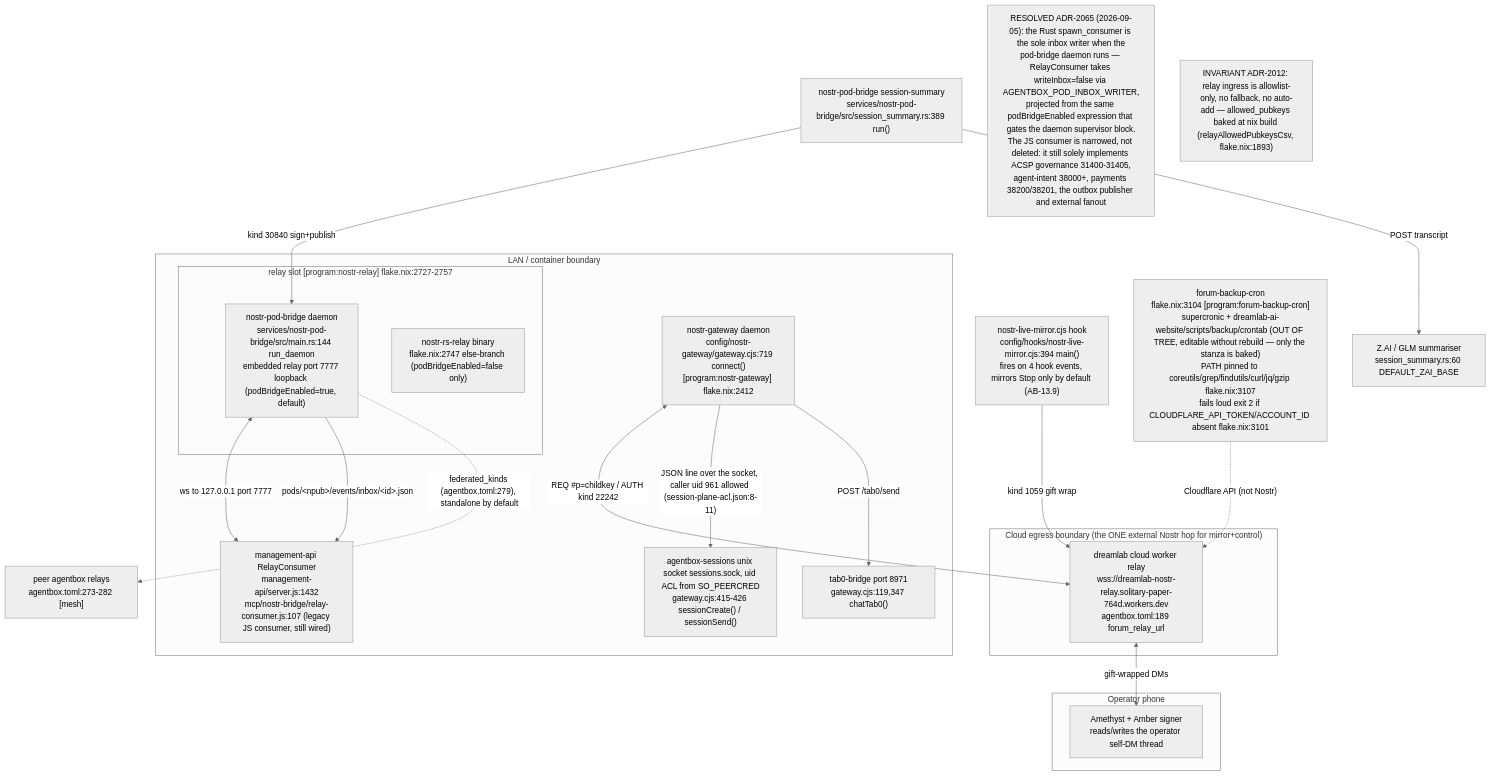
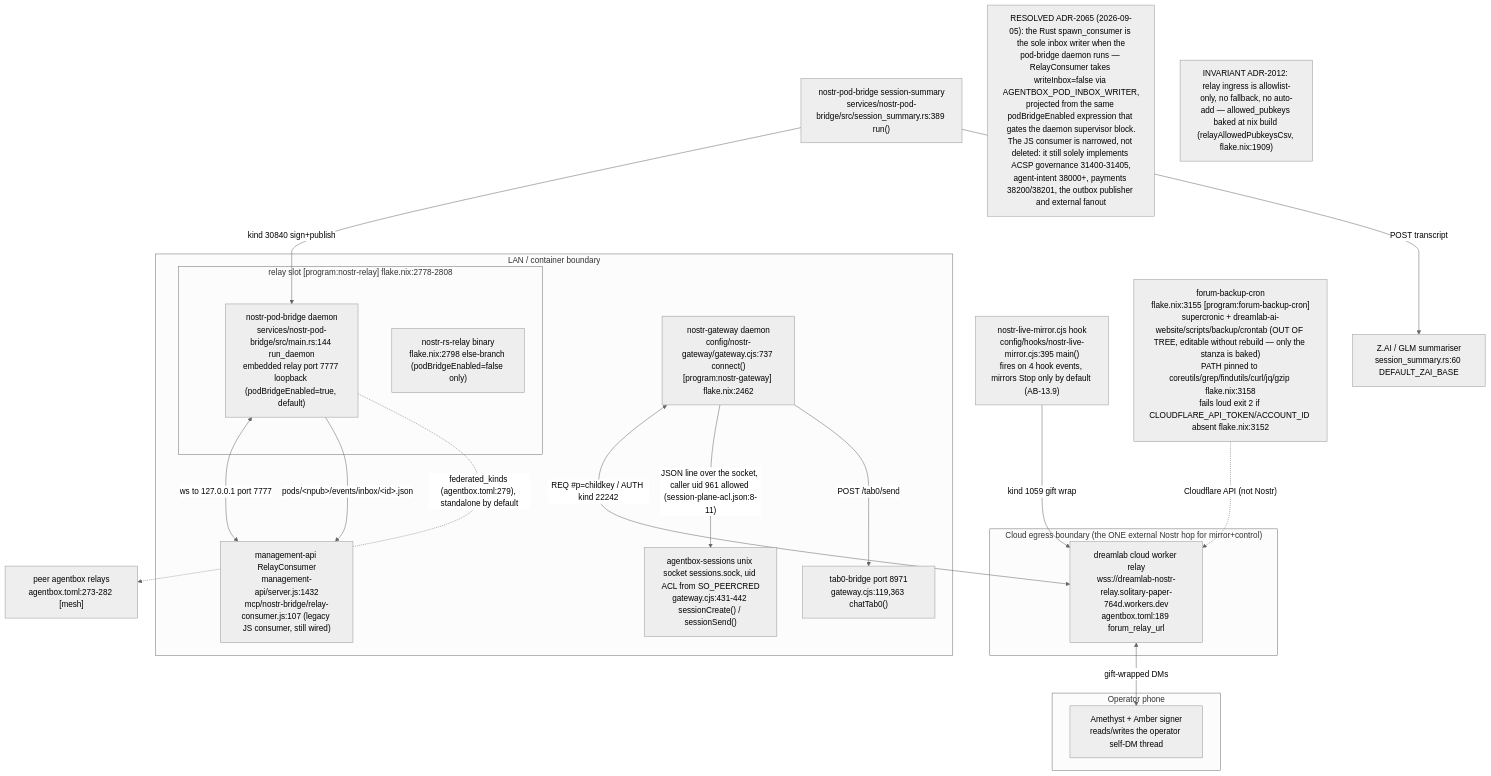
The first of 16 diagrams in docs/diagrams/agentbox/13-nostr-relay-gateway-bridge-mirror.md (DreamLab-AI/VisionFlow), drawn with Mermaid (neutral theme) before and after one commit. The commit also changed other lines of this file and 36 other files, not shown here.

First line of the commit message:
docs(diagrams): re-derive and re-stamp agentbox, dream-engine, visioncraft, visiontouch and vowl topics; drop LAN addresses

````diff
--- a/docs/diagrams/agentbox/13-nostr-relay-gateway-bridge-mirror.md
+++ b/docs/diagrams/agentbox/13-nostr-relay-gateway-bridge-mirror.md
@@ -46,39 +47,39 @@
 ```mermaid
 flowchart TB
     subgraph lan["LAN / container boundary"]
-        subgraph relayslot["relay slot [program:nostr-relay] flake.nix:2727-2757"]
+        subgraph relayslot["relay slot [program:nostr-relay] flake.nix:2778-2808"]
             PB["nostr-pod-bridge daemon<br/>services/nostr-pod-bridge/src/main.rs:144 run_daemon<br/>embedded relay port 7777 loopback (podBridgeEnabled=true, default)"]
-            RS["nostr-rs-relay binary<br/>flake.nix:2747 else-branch (podBridgeEnabled=false only)"]
+            RS["nostr-rs-relay binary<br/>flake.nix:2798 else-branch (podBridgeEnabled=false only)"]
         end
-        GW["nostr-gateway daemon<br/>config/nostr-gateway/gateway.cjs:719 connect()<br/>[program:nostr-gateway] flake.nix:2412"]
+        GW["nostr-gateway daemon<br/>config/nostr-gateway/gateway.cjs:737 connect()<br/>[program:nostr-gateway] flake.nix:2462"]
         MGMT["management-api RelayConsumer<br/>management-api/server.js:1432<br/>mcp/nostr-bridge/relay-consumer.js:107 (legacy JS consumer, still wired)"]
-        SESS["agentbox-sessions unix socket sessions.sock, uid ACL from SO_PEERCRED<br/>gateway.cjs:415-426 sessionCreate() / sessionSend()"]
-        TAB0["tab0-bridge port 8971<br/>gateway.cjs:119,347 chatTab0()"]
+        SESS["agentbox-sessions unix socket sessions.sock, uid ACL from SO_PEERCRED<br/>gateway.cjs:431-442 sessionCreate() / sessionSend()"]
+        TAB0["tab0-bridge port 8971<br/>gateway.cjs:119,363 chatTab0()"]
     end
     subgraph cloud["Cloud egress boundary (the ONE external Nostr hop for mirror+control)"]
         CLOUD["dreamlab cloud worker relay<br/>wss://dreamlab-nostr-relay.solitary-paper-764d.workers.dev<br/>agentbox.toml:189 forum_relay_url"]
     end
     subgraph phone["Operator phone"]
         AME["Amethyst + Amber signer<br/>reads/writes the operator self-DM thread"]
     end
-    MIRROR["nostr-live-mirror.cjs hook<br/>config/hooks/nostr-live-mirror.cjs:394 main()<br/>fires on 4 hook events, mirrors Stop only by default (AB-13.9)"]
+    MIRROR["nostr-live-mirror.cjs hook<br/>config/hooks/nostr-live-mirror.cjs:395 main()<br/>fires on 4 hook events, mirrors Stop only by default (AB-13.9)"]
     DIGEST["nostr-pod-bridge session-summary<br/>services/nostr-pod-bridge/src/session_summary.rs:389 run()"]
     ZAI["Z.AI / GLM summariser<br/>session_summary.rs:60 DEFAULT_ZAI_BASE"]
-    FORUM["forum-backup-cron<br/>flake.nix:3104 [program:forum-backup-cron]<br/>supercronic + dreamlab-ai-website/scripts/backup/crontab (OUT OF TREE, editable without rebuild — only the stanza is baked)<br/>PATH pinned to coreutils/grep/findutils/curl/jq/gzip flake.nix:3107<br/>fails loud exit 2 if CLOUDFLARE_API_TOKEN/ACCOUNT_ID absent flake.nix:3101"]
+    FORUM["forum-backup-cron<br/>flake.nix:3155 [program:forum-backup-cron]<br/>supercronic + dreamlab-ai-website/scripts/backup/crontab (OUT OF TREE, editable without rebuild — only the stanza is baked)<br/>PATH pinned to coreutils/grep/findutils/curl/jq/gzip flake.nix:3158<br/>fails loud exit 2 if CLOUDFLARE_API_TOKEN/ACCOUNT_ID absent flake.nix:3152"]
     MESH["peer agentbox relays<br/>agentbox.toml:273-282 [mesh]"]
 
     MIRROR -->|"kind 1059 gift wrap"| CLOUD
     GW <-->|"REQ #p=childkey / AUTH kind 22242"| CLOUD
     CLOUD <-->|"gift-wrapped DMs"| AME
     DIGEST -->|"kind 30840 sign+publish"| PB
     DIGEST -->|"POST transcript"| ZAI
     PB <-->|"ws to 127.0.0.1 port 7777"| MGMT
     PB -->|"pods/&lt;npub&gt;/events/inbox/&lt;id&gt;.json"| MGMT
     GW -->|"JSON line over the socket, caller uid 961 allowed (session-plane-acl.json:8-11)"| SESS
     GW -->|"POST /tab0/send"| TAB0
     PB -.->|"federated_kinds (agentbox.toml:279), standalone by default"| MESH
     FORUM -.->|"Cloudflare API (not Nostr)"| CLOUD
 
 N1["RESOLVED ADR-2065 (2026-09-05): the Rust spawn_consumer is the sole inbox writer when the<br/>pod-bridge daemon runs — RelayConsumer takes writeInbox=false via AGENTBOX_POD_INBOX_WRITER,<br/>projected from the same podBridgeEnabled expression that gates the daemon supervisor block.<br/>The JS consumer is narrowed, not deleted: it still solely implements ACSP governance 31400-31405,<br/>agent-intent 38000+, payments 38200/38201, the outbox publisher and external fanout"]
-    N2["INVARIANT ADR-2012: relay ingress is allowlist-only, no fallback, no auto-add — allowed_pubkeys baked at nix build (relayAllowedPubkeysCsv, flake.nix:1893)"]
+    N2["INVARIANT ADR-2012: relay ingress is allowlist-only, no fallback, no auto-add — allowed_pubkeys baked at nix build (relayAllowedPubkeysCsv, flake.nix:1909)"]
 ```
````
